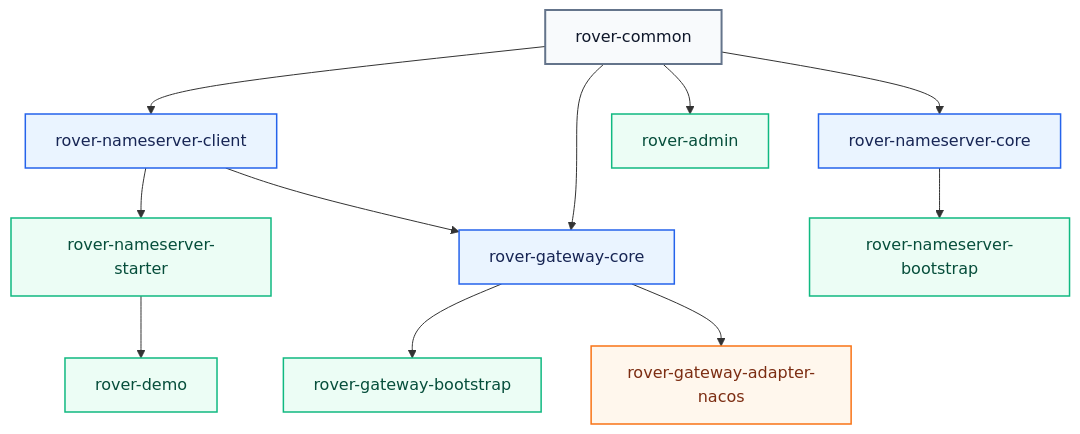
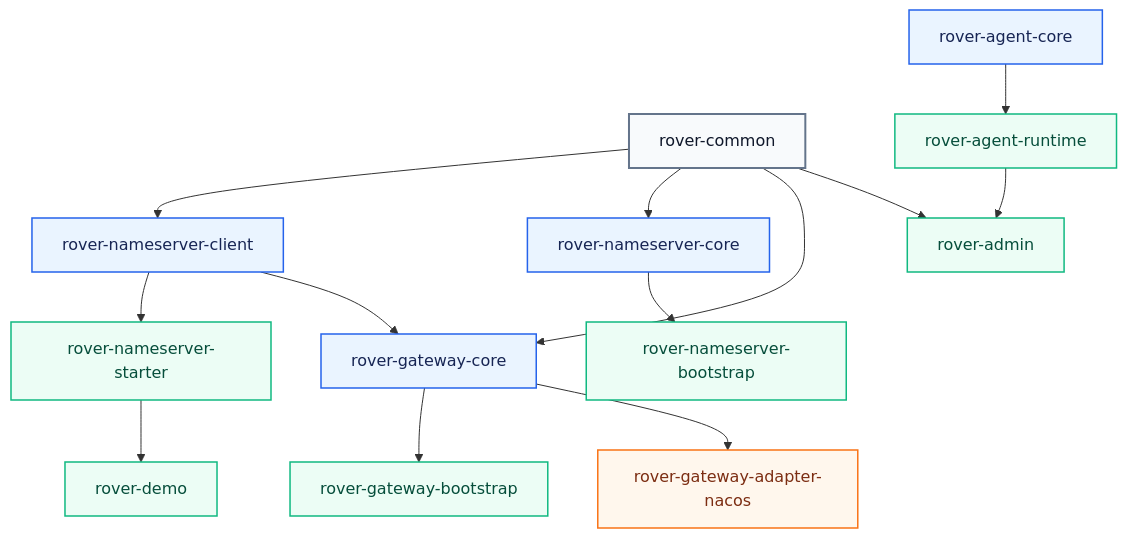
Before and after one commit to zzl-qz/Rover-Suite: the third of 3 diagrams in docs-public/architecture.zh-CN.md, drawn with Mermaid. The commit also changed other lines of this file and 92 other files, not shown here.

````diff
--- a/docs-public/architecture.zh-CN.md
+++ b/docs-public/architecture.zh-CN.md
@@ -359,25 +359,31 @@
 ```mermaid
 flowchart TB
     CM["rover-common"]
 
     CM --> NC["rover-nameserver-client"]
     CM --> NK["rover-nameserver-core"]
     CM --> GC["rover-gateway-core"]
 
     NC --> ST["rover-nameserver-starter"]
     NC --> GC
     NK --> NS["rover-nameserver-bootstrap"]
     GC --> GB["rover-gateway-bootstrap"]
     GC --> NA["rover-gateway-adapter-nacos"]
     ST --> DM["rover-demo"]
     CM --> AD["rover-admin"]
 
+    AC["rover-agent-core"]
+    AR["rover-agent-runtime"]
+
+    AC --> AR
+    AR --> AD
+
     classDef shared fill:#F8FAFC,stroke:#64748B,color:#0F172A,stroke-width:2px;
     classDef core fill:#EAF4FF,stroke:#2563EB,color:#172554,stroke-width:1.5px;
     classDef app fill:#ECFDF5,stroke:#10B981,color:#064E3B,stroke-width:1.5px;
     classDef experimental fill:#FFF7ED,stroke:#F97316,color:#7C2D12,stroke-width:1.5px;
     class CM shared;
-    class NC,NK,GC core;
-    class ST,NS,GB,DM,AD app;
+    class NC,NK,GC,AC core;
+    class ST,NS,GB,DM,AD,AR app;
     class NA experimental;
 ```
````
